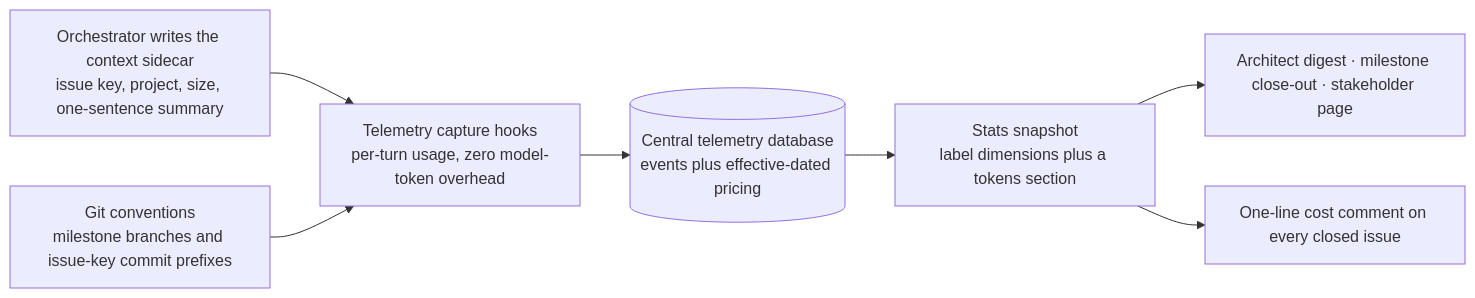
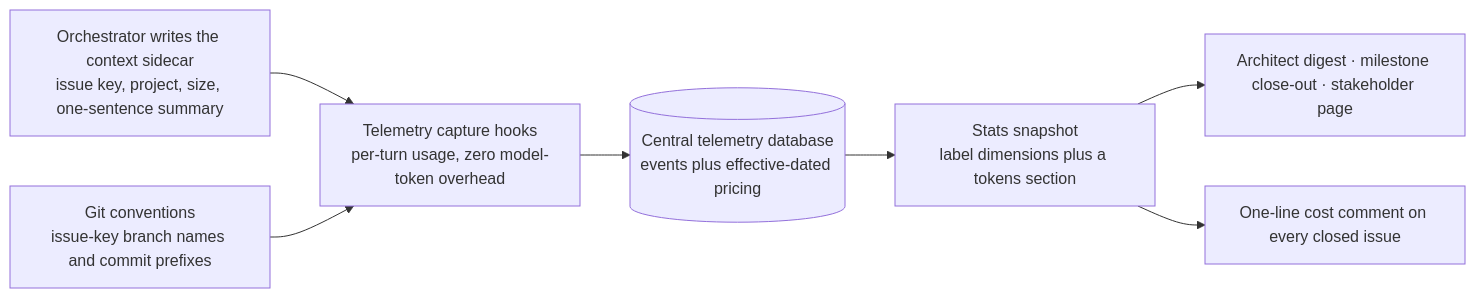
The third of 3 diagrams in README.md (Zenosyne-Technologies/agent-operating-kit), drawn with Mermaid before and after one commit. The commit also changed other lines of this file and 5 other files, not shown here.

Commit message:
AOS-75: repoint every git rule at git-strategy.md — gitflow cascade entry, feature/<KEY> branches in briefs, release validation gate, and milestone cost by issue-key set instead of a branch prefix

````diff
--- a/README.md
+++ b/README.md
@@ -151,9 +151,9 @@
 ```mermaid
 flowchart LR
     K["Orchestrator writes the context sidecar<br/>issue key, project, size, one-sentence summary"] --> H["Telemetry capture hooks<br/>per-turn usage, zero model-token overhead"]
-    G["Git conventions<br/>milestone branches and issue-key commit prefixes"] --> H
+    G["Git conventions<br/>issue-key branch names and commit prefixes"] --> H
     H --> DB[("Central telemetry database<br/>events plus effective-dated pricing")]
     DB --> S["Stats snapshot<br/>label dimensions plus a tokens section"]
     S --> R1["Architect digest · milestone close-out · stakeholder page"]
     S --> R2["One-line cost comment on every closed issue"]
 ```
````
